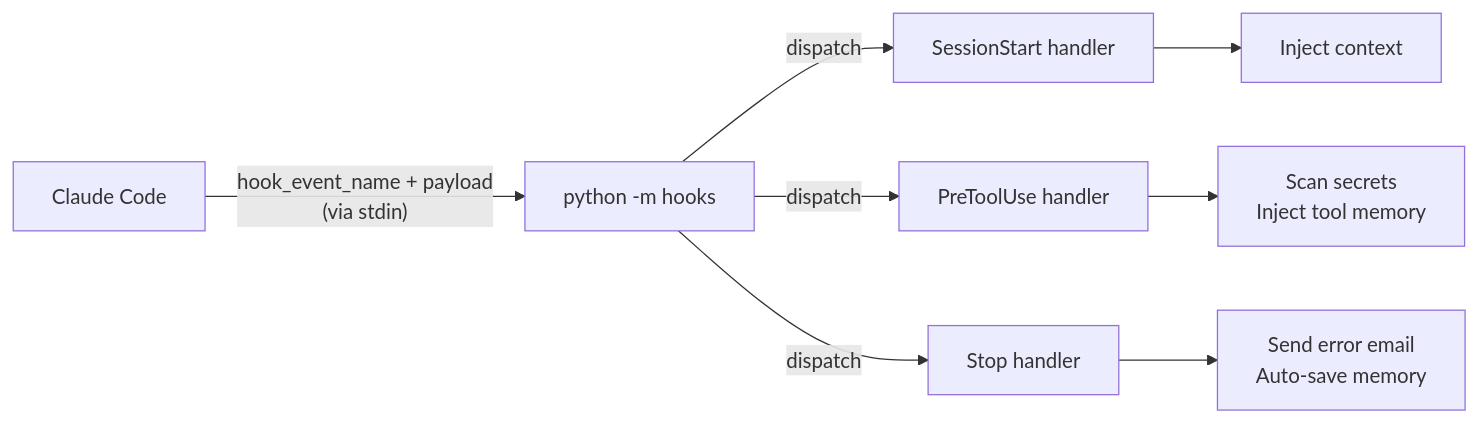
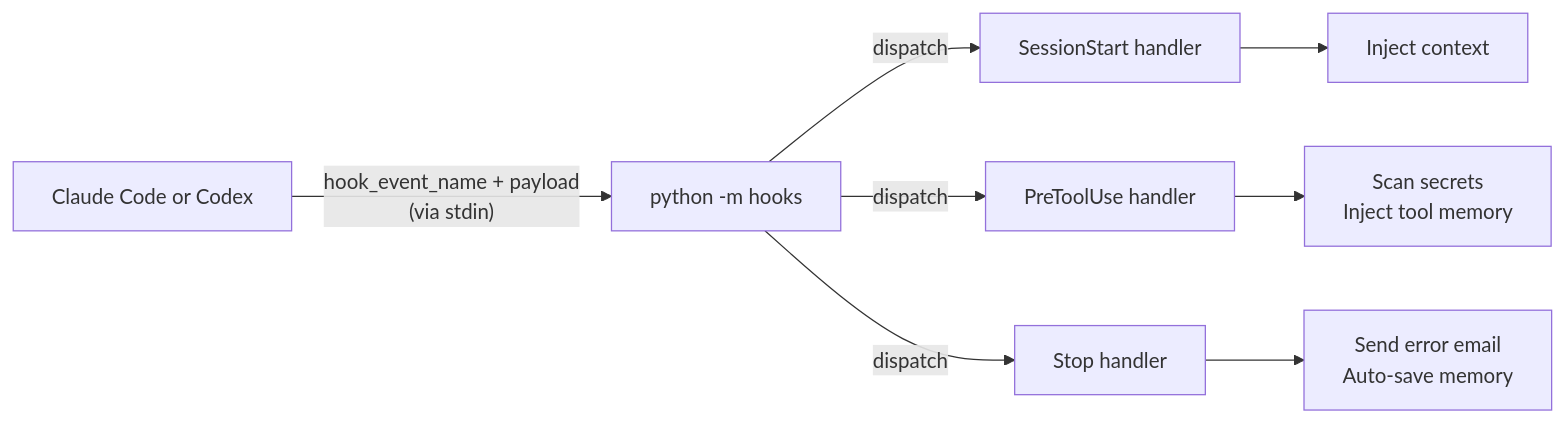
The diagram in docs/hooks/index.md (the-cloud-clockwork/agentihooks), drawn with Mermaid before and after one commit. The commit also changed other lines of this file and 24 other files, not shown here.

````diff
--- a/docs/hooks/index.md
+++ b/docs/hooks/index.md
@@ -13,10 +13,10 @@
 ```mermaid
 flowchart LR
-    CC[Claude Code] -->|"hook_event_name + payload\n(via stdin)"| HM["python -m hooks"]
+    CC[Claude Code or Codex] -->|"hook_event_name + payload\n(via stdin)"| HM["python -m hooks"]
     HM -->|dispatch| H1[SessionStart handler]
     HM -->|dispatch| H2[PreToolUse handler]
     HM -->|dispatch| H3[Stop handler]
     H1 --> A1[Inject context]
     H2 --> A2[Scan secrets\nInject tool memory]
     H3 --> A3[Send error email\nAuto-save memory]
 ```
````
